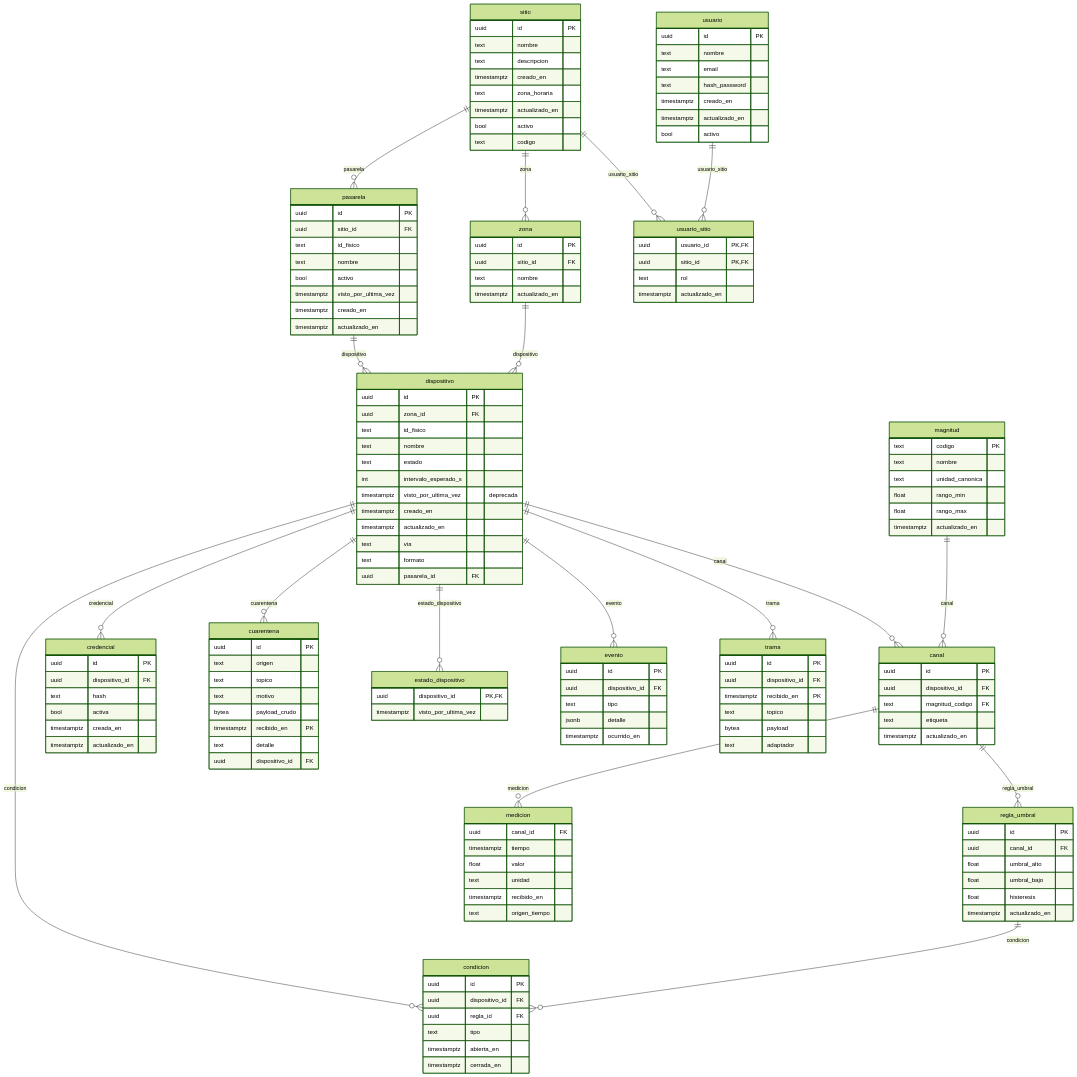
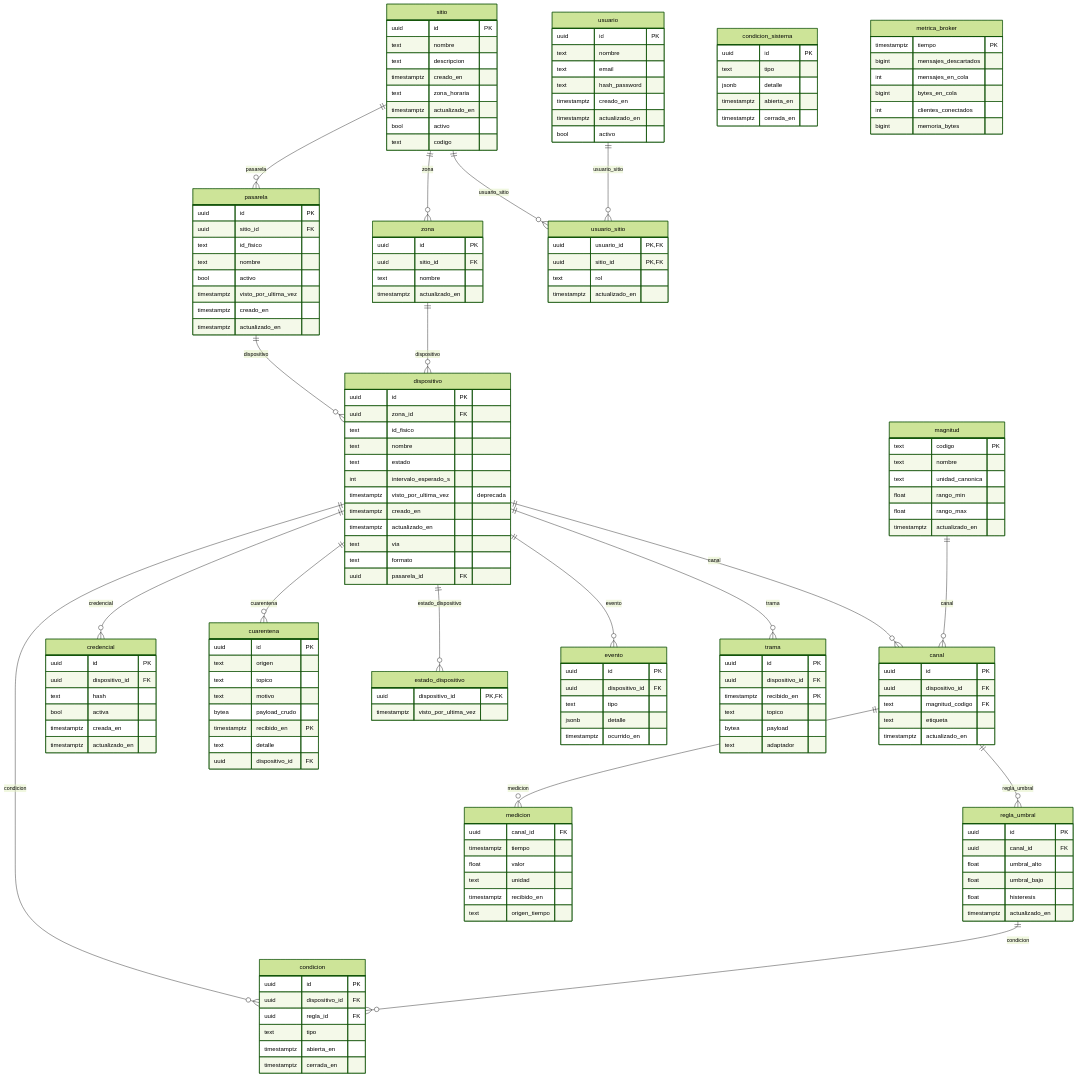
One commit to vicenterami/tesis changed the diagram in informe-oficial/figuras/mermaid/modelo-datos.mmd. Above: the diagram before and after it, drawn with Mermaid (forest theme). The commit also changed 42 other files, not shown here.

First line of the commit message:
Agrega baja y rotación por API, vigila la cola del broker y siembra una demostración completa

```diff
--- a/informe-oficial/figuras/mermaid/modelo-datos.mmd
+++ b/informe-oficial/figuras/mermaid/modelo-datos.mmd
@@ -1,149 +1,164 @@
 erDiagram
     dispositivo ||--o{ canal : canal
     magnitud ||--o{ canal : canal
     dispositivo ||--o{ condicion : condicion
     regla_umbral ||--o{ condicion : condicion
     dispositivo ||--o{ credencial : credencial
     dispositivo ||--o{ cuarentena : cuarentena
     pasarela ||--o{ dispositivo : dispositivo
     zona ||--o{ dispositivo : dispositivo
     dispositivo ||--o{ estado_dispositivo : estado_dispositivo
     dispositivo ||--o{ evento : evento
     canal ||--o{ medicion : medicion
     sitio ||--o{ pasarela : pasarela
     canal ||--o{ regla_umbral : regla_umbral
     dispositivo ||--o{ trama : trama
     sitio ||--o{ usuario_sitio : usuario_sitio
     usuario ||--o{ usuario_sitio : usuario_sitio
     sitio ||--o{ zona : zona
     canal {
         uuid id PK
         uuid dispositivo_id FK
         text magnitud_codigo FK
         text etiqueta
         timestamptz actualizado_en
     }
     condicion {
         uuid id PK
         uuid dispositivo_id FK
         uuid regla_id FK
         text tipo
+        timestamptz abierta_en
+        timestamptz cerrada_en
+    }
+    condicion_sistema {
+        uuid id PK
+        text tipo
+        jsonb detalle
         timestamptz abierta_en
         timestamptz cerrada_en
     }
     credencial {
         uuid id PK
         uuid dispositivo_id FK
         text hash
         bool activa
         timestamptz creada_en
         timestamptz actualizado_en
     }
     cuarentena {
         uuid id PK
         text origen
         text topico
         text motivo
         bytea payload_crudo
         timestamptz recibido_en PK
         text detalle
         uuid dispositivo_id FK
     }
     dispositivo {
         uuid id PK
         uuid zona_id FK
         text id_fisico
         text nombre
         text estado
         int intervalo_esperado_s
         timestamptz visto_por_ultima_vez "deprecada"
         timestamptz creado_en
         timestamptz actualizado_en
         text via
         text formato
         uuid pasarela_id FK
     }
     estado_dispositivo {
         uuid dispositivo_id PK,FK
         timestamptz visto_por_ultima_vez
     }
     evento {
         uuid id PK
         uuid dispositivo_id FK
         text tipo
         jsonb detalle
         timestamptz ocurrido_en
     }
     magnitud {
         text codigo PK
         text nombre
         text unidad_canonica
         float rango_min
         float rango_max
         timestamptz actualizado_en
     }
     medicion {
         uuid canal_id FK
         timestamptz tiempo
         float valor
         text unidad
         timestamptz recibido_en
         text origen_tiempo
     }
+    metrica_broker {
+        timestamptz tiempo PK
+        bigint mensajes_descartados
+        int mensajes_en_cola
+        bigint bytes_en_cola
+        int clientes_conectados
+        bigint memoria_bytes
+    }
     pasarela {
         uuid id PK
         uuid sitio_id FK
         text id_fisico
         text nombre
         bool activo
         timestamptz visto_por_ultima_vez
         timestamptz creado_en
         timestamptz actualizado_en
     }
     regla_umbral {
         uuid id PK
         uuid canal_id FK
         float umbral_alto
         float umbral_bajo
         float histeresis
         timestamptz actualizado_en
     }
     sitio {
         uuid id PK
         text nombre
         text descripcion
         timestamptz creado_en
         text zona_horaria
         timestamptz actualizado_en
         bool activo
         text codigo
     }
     trama {
         uuid id PK
         uuid dispositivo_id FK
         timestamptz recibido_en PK
         text topico
         bytea payload
         text adaptador
     }
     usuario {
         uuid id PK
         text nombre
         text email
         text hash_password
         timestamptz creado_en
         timestamptz actualizado_en
         bool activo
     }
     usuario_sitio {
         uuid usuario_id PK,FK
         uuid sitio_id PK,FK
         text rol
         timestamptz actualizado_en
     }
     zona {
         uuid id PK
         uuid sitio_id FK
         text nombre
         timestamptz actualizado_en
     }
```
